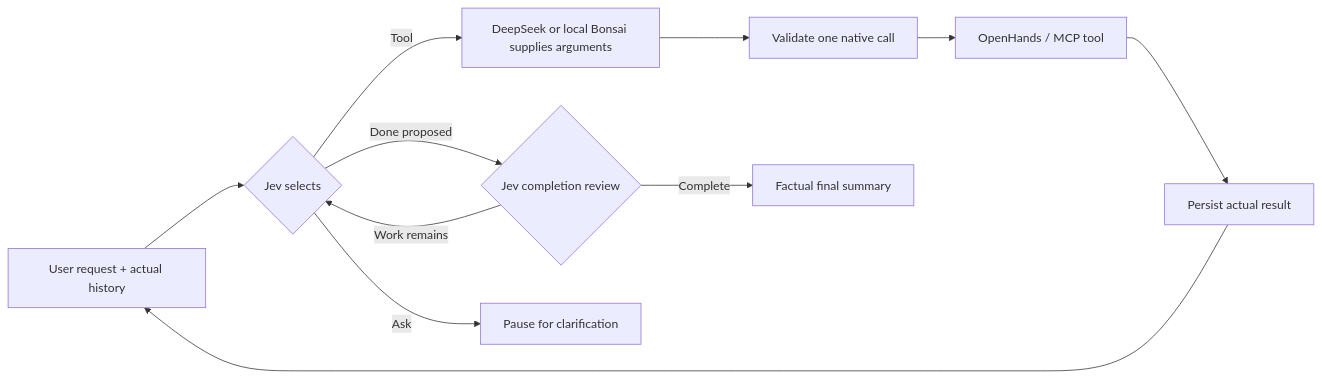
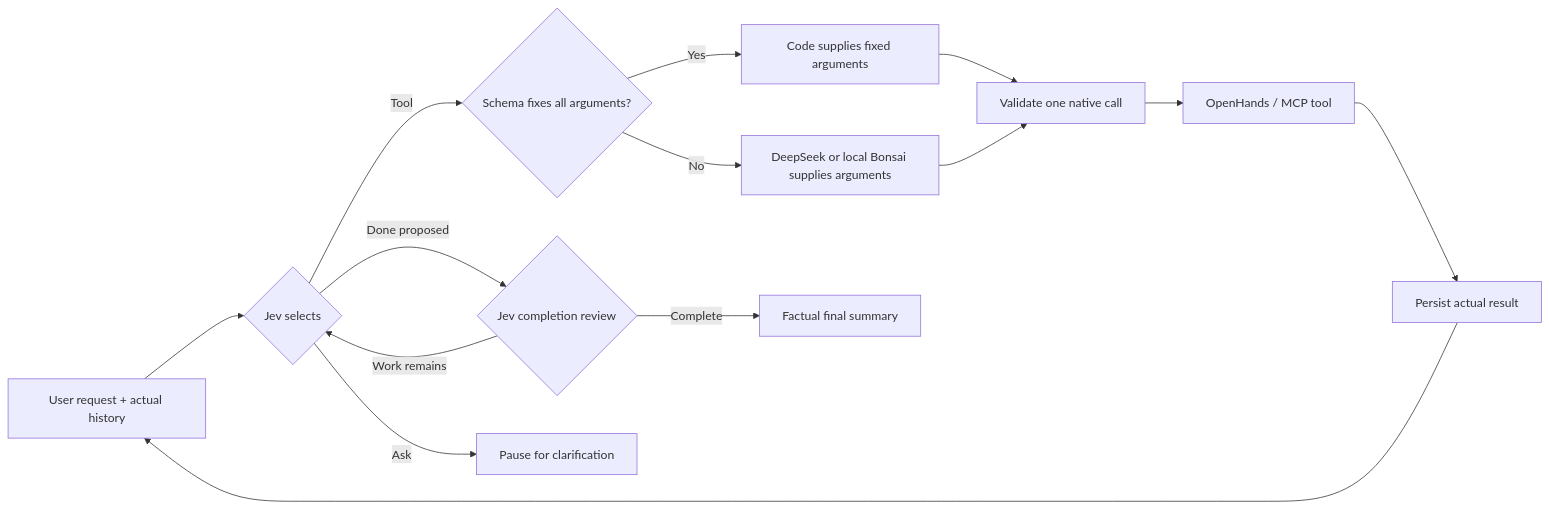
The diagram in README.md (morcoan/JevSeek), drawn with Mermaid before and after one commit. The commit also changed other lines of this file and 166 other files, not shown here.

Commit message:
Publish Jev research archive and skip schema-determined argument generation

````diff
--- a/README.md
+++ b/README.md
@@ -49,13 +50,16 @@
 ```mermaid
 flowchart LR
     U[User request + actual history] --> J{Jev selects}
-    J -->|Tool| D[DeepSeek or local Bonsai supplies arguments]
-    D --> V[Validate one native call]
+    J -->|Tool| P{Schema fixes all arguments?}
+    P -->|Yes| B[Code supplies fixed arguments]
+    P -->|No| D[DeepSeek or local Bonsai supplies arguments]
+    B --> V[Validate one native call]
+    D --> V
     V --> T[OpenHands / MCP tool]
     T --> O[Persist actual result]
     O --> U
     J -->|Done proposed| C{Jev completion review}
     C -->|Complete| S[Factual final summary]
     C -->|Work remains| J
     J -->|Ask| A[Pause for clarification]
 ```
````
